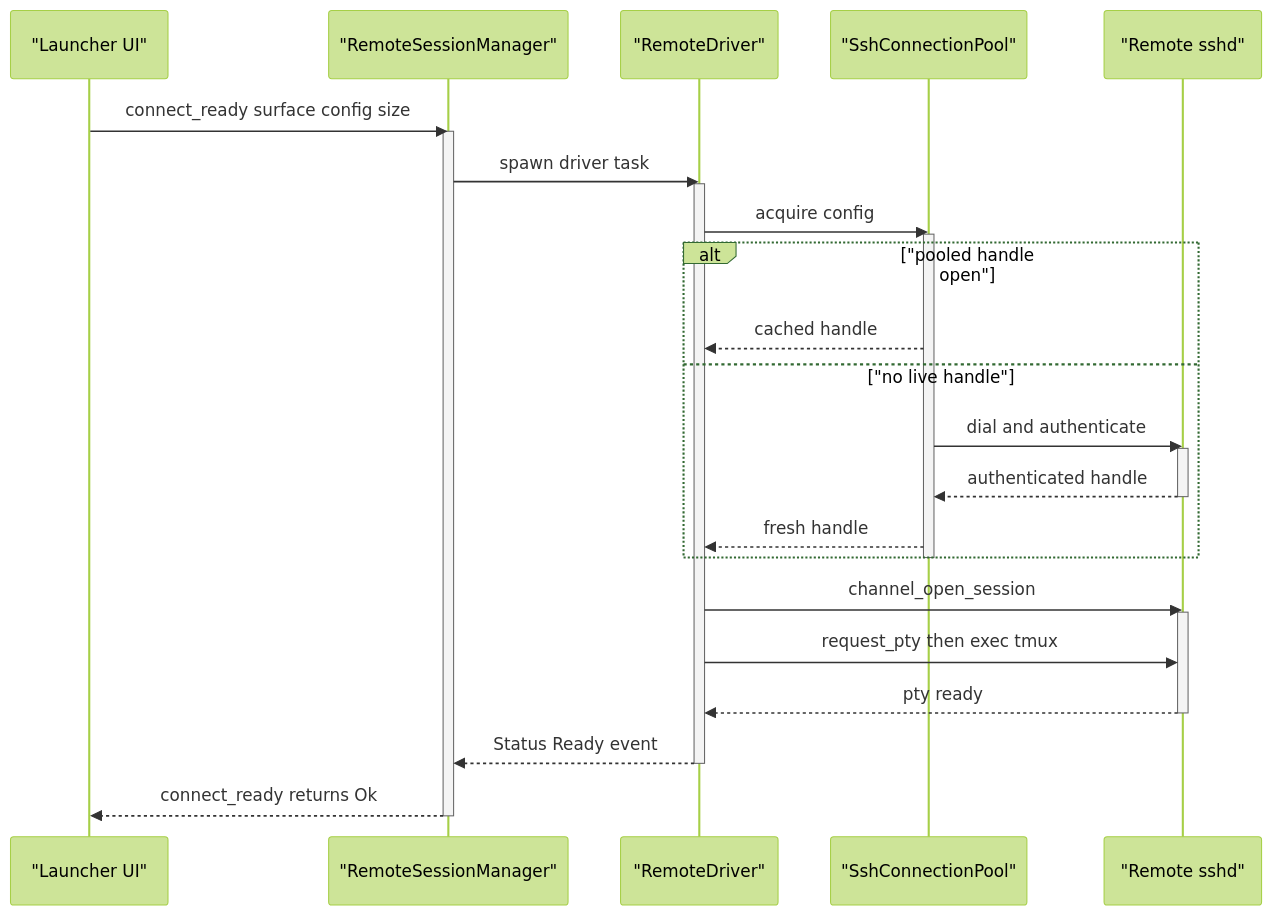
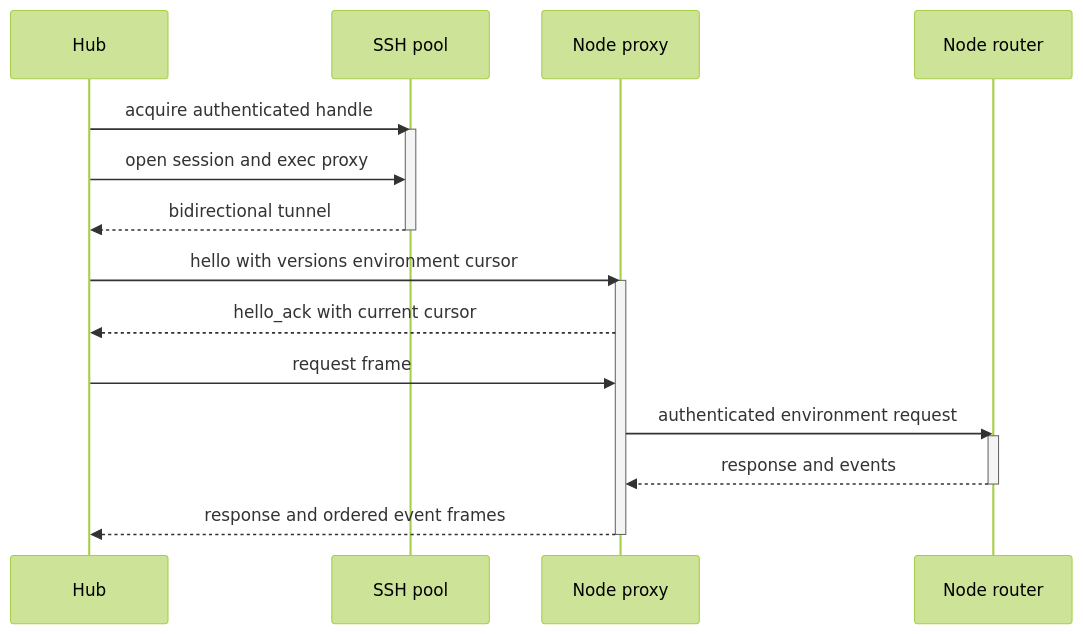
One commit to BoardPandas/Pandamux changed the diagram in docs/features/SSH_REMOTE.md. Above: the diagram before and after it, drawn with Mermaid (forest theme). The commit also changed other lines of this file and 25 other files, not shown here.

First line of the commit message:
docs: rebuild current architecture wiki

````diff
--- a/docs/features/SSH_REMOTE.md
+++ b/docs/features/SSH_REMOTE.md
@@ -123,34 +107,23 @@
 ```mermaid
 sequenceDiagram
-    participant UI as "Launcher UI"
-    participant Manager as "RemoteSessionManager"
-    participant Driver as "RemoteDriver"
-    participant Pool as "SshConnectionPool"
-    participant Host as "Remote sshd"
+    participant H as Hub
+    participant S as SSH pool
+    participant P as Node proxy
+    participant N as Node router
 
-    UI->>Manager: connect_ready surface config size
-    activate Manager
-    Manager->>Driver: spawn driver task
-    activate Driver
-    Driver->>Pool: acquire config
-    activate Pool
-    alt "pooled handle open"
-        Pool-->>Driver: cached handle
-    else "no live handle"
-        Pool->>Host: dial and authenticate
-        activate Host
-        Host-->>Pool: authenticated handle
-        deactivate Host
-        Pool-->>Driver: fresh handle
-    end
-    deactivate Pool
-    Driver->>Host: channel_open_session
-    activate Host
-    Driver->>Host: request_pty then exec tmux
-    Host-->>Driver: pty ready
-    deactivate Host
-    Driver-->>Manager: Status Ready event
-    deactivate Driver
-    Manager-->>UI: connect_ready returns Ok
-    deactivate Manager
+    H->>S: acquire authenticated handle
+    activate S
+    H->>S: open session and exec proxy
+    S-->>H: bidirectional tunnel
+    deactivate S
+    H->>P: hello with versions environment cursor
+    activate P
+    P-->>H: hello_ack with current cursor
+    H->>P: request frame
+    P->>N: authenticated environment request
+    activate N
+    N-->>P: response and events
+    deactivate N
+    P-->>H: response and ordered event frames
+    deactivate P
 ```
````
